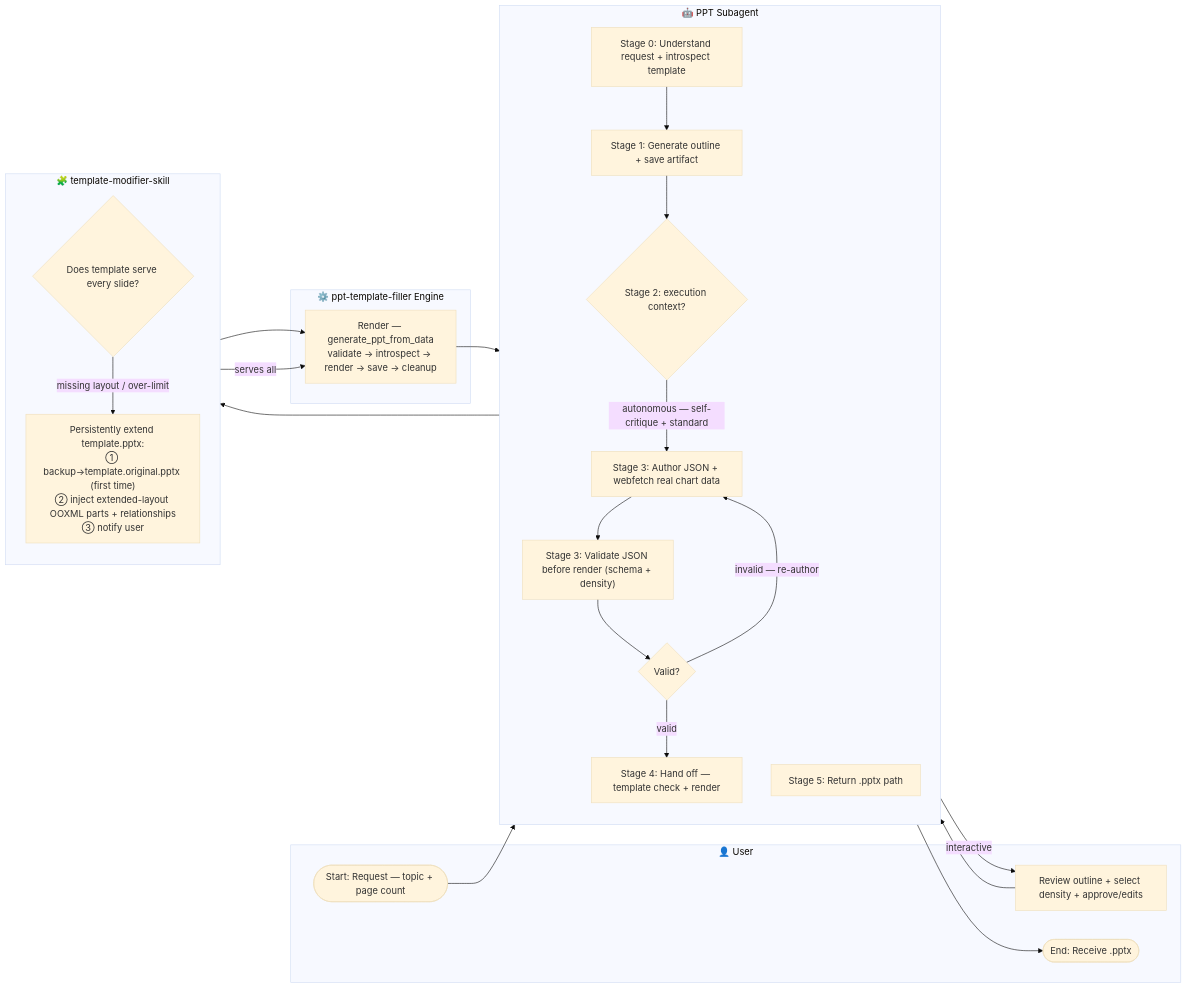
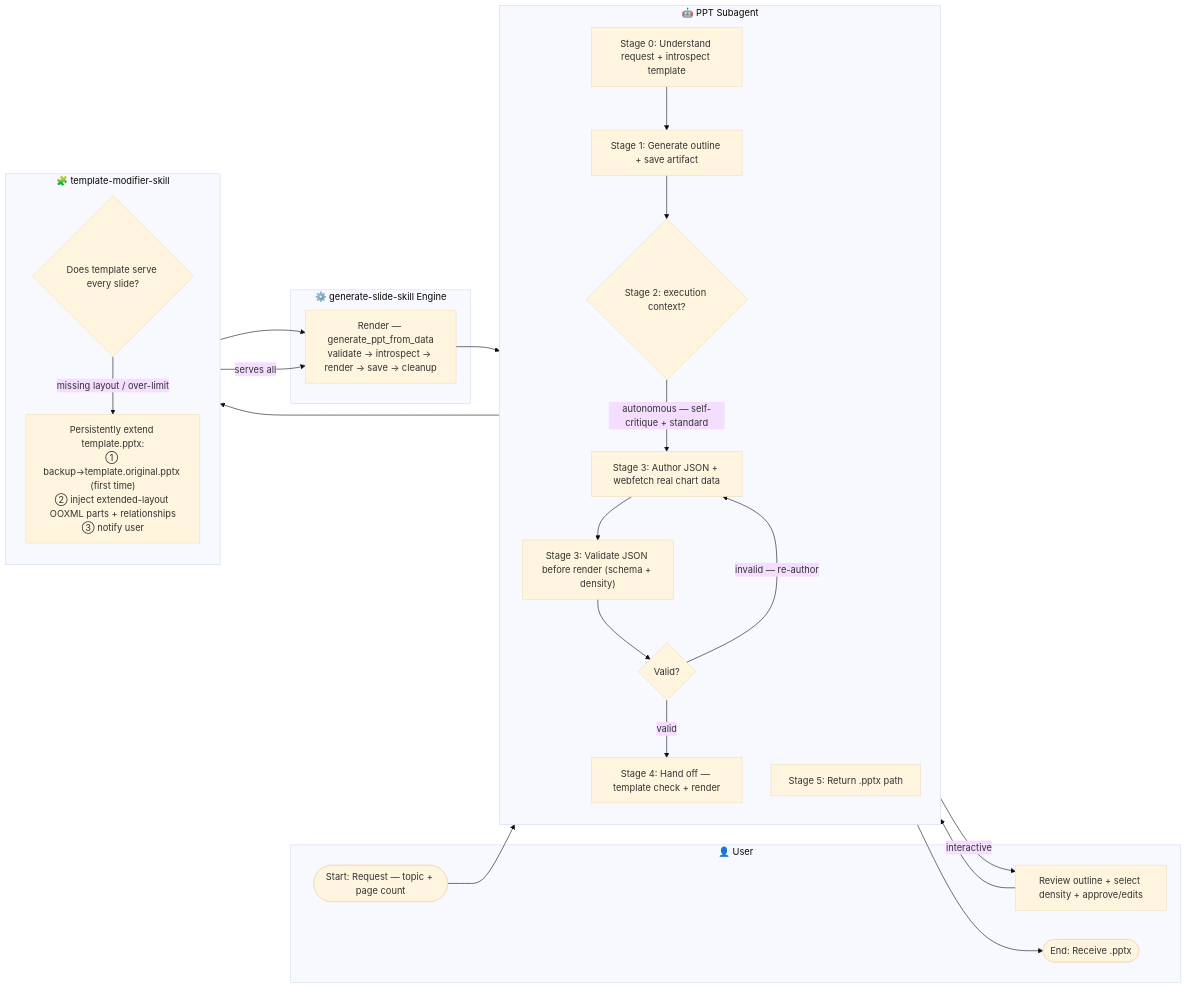
One commit to wcyapplemist/opencode-config-template-chenyu changed the diagram in docs/workflow/workflow-diagram.mmd. Above: the diagram before and after it, drawn with Mermaid (base theme). The commit also changed 52 other files, not shown here.

First line of the commit message:
refactor: rename ppt-template-filler skill -> generate-slide-skill

```diff
--- a/docs/workflow/workflow-diagram.mmd
+++ b/docs/workflow/workflow-diagram.mmd
@@ -1,48 +1,48 @@
 %% PPTX Subagent System — Workflow Diagram (swimlane / cross-functional flowchart)
 %% Render at https://mermaid.live (paste everything below the line)
 %% Lanes = participants; cross-lane arrows = responsibility handoffs.
 flowchart LR
     subgraph User["👤 User"]
         U0([Start: Request — topic + page count])
         U1["Review outline + select density + approve/edits"]
         Uend([End: Receive .pptx])
     end
 
     subgraph Subagent["🤖 PPT Subagent"]
         direction TB
         A0["Stage 0: Understand request + introspect template"]
         A1["Stage 1: Generate outline + save artifact"]
         A2{"Stage 2: execution context?"}
         A3["Stage 3: Author JSON + webfetch real chart data"]
         A4["Stage 3: Validate JSON before render (schema + density)"]
         A4d{"Valid?"}
         A5["Stage 4: Hand off — template check + render"]
         A6["Stage 5: Return .pptx path"]
     end
 
     subgraph Modifier["🧩 template-modifier-skill"]
         direction TB
         T0{"Does template serve every slide?"}
         T1["Persistently extend template.pptx:<br/>① backup→template.original.pptx (first time)<br/>② inject extended-layout OOXML parts + relationships<br/>③ notify user"]
     end
 
-    subgraph Engine["⚙️ ppt-template-filler Engine"]
+    subgraph Engine["⚙️ generate-slide-skill Engine"]
         E0["Render — generate_ppt_from_data<br/>validate → introspect → render → save → cleanup"]
     end
 
     U0 --> A0
     A0 --> A1
     A1 --> A2
     A2 -->|"interactive"| U1
     U1 --> A3
     A2 -->|"autonomous — self-critique + standard"| A3
     A3 --> A4
     A4 --> A4d
     A4d -->|"invalid — re-author"| A3
     A4d -->|"valid"| A5
     A5 --> T0
     T0 -->|"missing layout / over-limit"| T1
     T1 --> E0
     T0 -->|"serves all"| E0
     E0 --> A6
     A6 --> Uend
```
